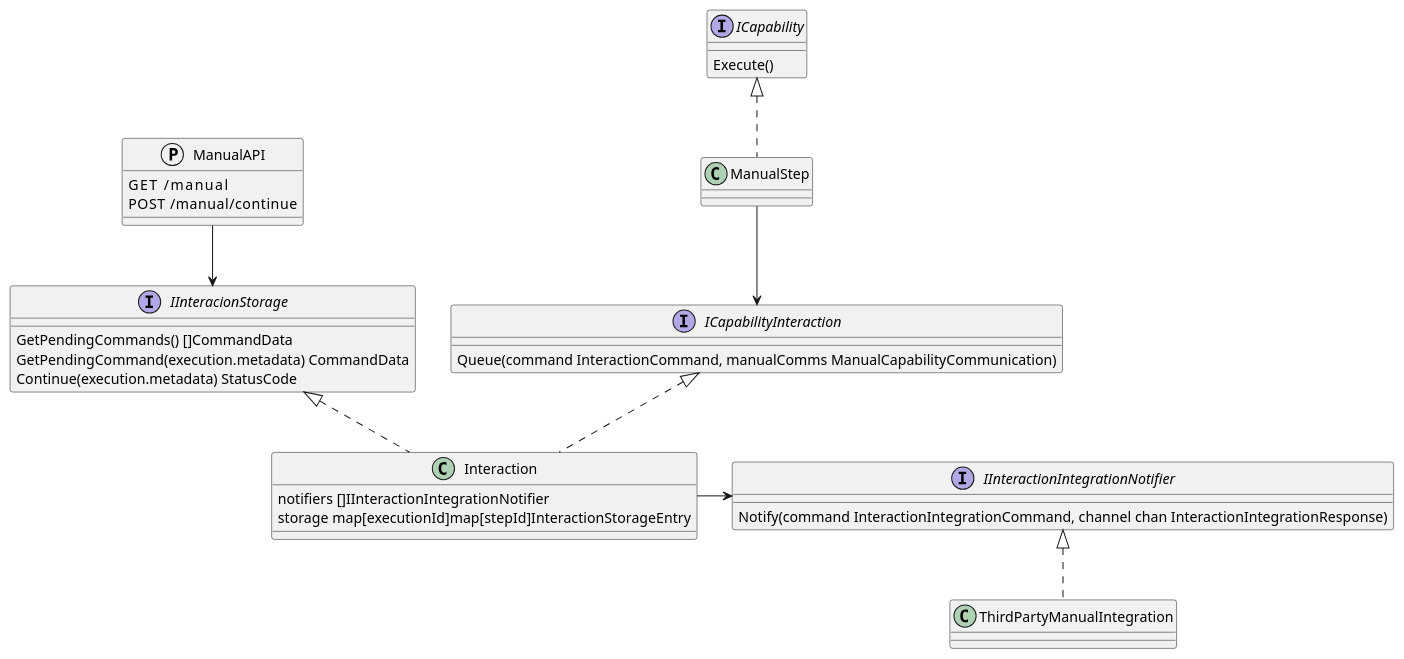
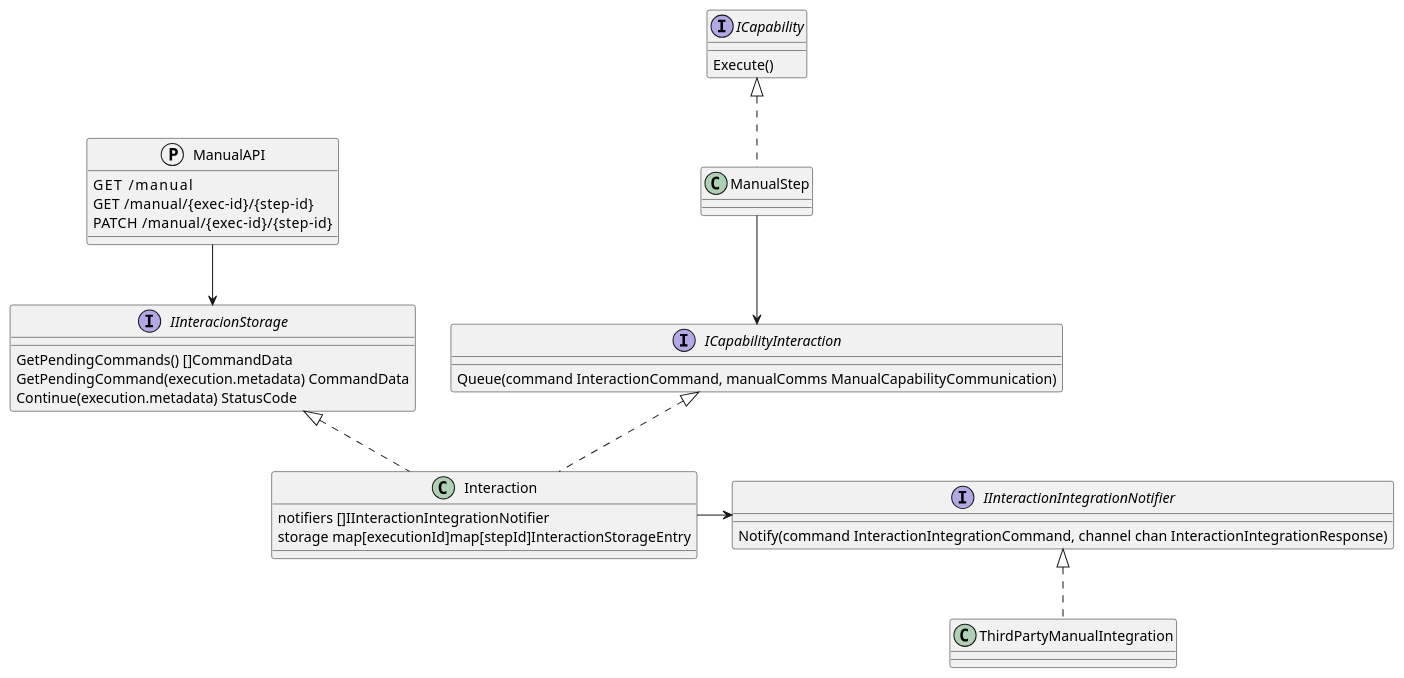
Before and after one commit to COSSAS/SOARCA: the first of 2 diagrams in docs/content/en/docs/core-components/modules.md, drawn with PlantUML. The commit also changed 3 other files, not shown here.

````diff
--- a/docs/content/en/docs/core-components/modules.md
+++ b/docs/content/en/docs/core-components/modules.md
@@ -341,48 +341,49 @@
 ```plantuml
 @startuml
 set separator ::
 
 class ManualStep 
 
 protocol ManualAPI {
     GET     /manual
-    POST    /manual/continue
+    GET    /manual/{exec-id}/{step-id}
+    PATCH    /manual/{exec-id}/{step-id}
 }
 
 interface ICapability{
    Execute()
 }
 
 interface ICapabilityInteraction{
     Queue(command InteractionCommand, manualComms ManualCapabilityCommunication)
 }
 
 interface IInteracionStorage{
     GetPendingCommands() []CommandData
 	GetPendingCommand(execution.metadata) CommandData
 	Continue(execution.metadata) StatusCode
 }
 
 interface IInteractionIntegrationNotifier {
     Notify(command InteractionIntegrationCommand, channel chan InteractionIntegrationResponse)
 }
 
 class Interaction {
     notifiers []IInteractionIntegrationNotifier
     storage map[executionId]map[stepId]InteractionStorageEntry
 }
 class ThirdPartyManualIntegration
 
 
 ManualStep .up.|> ICapability
 ManualStep -down-> ICapabilityInteraction
 Interaction .up.|> ICapabilityInteraction
 Interaction .up.|> IInteracionStorage
 
 ManualAPI -down-> IInteracionStorage
 
 Interaction -right-> IInteractionIntegrationNotifier
 ThirdPartyManualIntegration .up.|> IInteractionIntegrationNotifier
 
 
 ```
````
